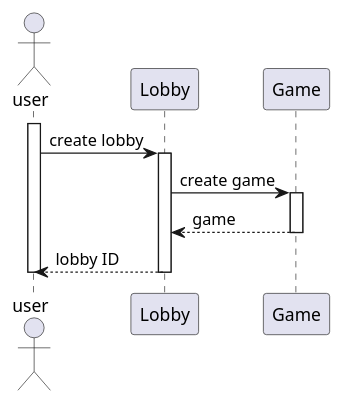
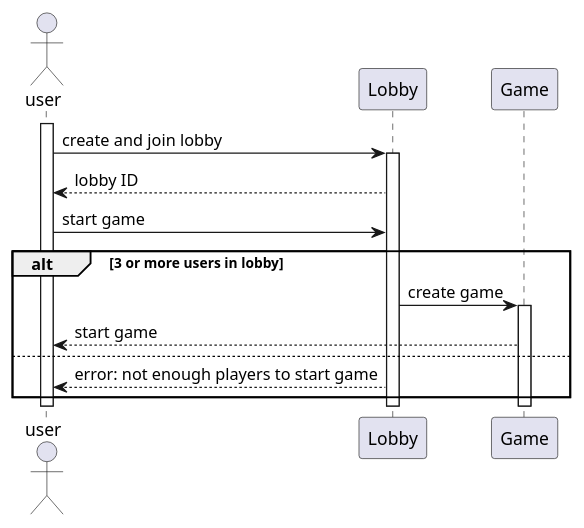
Before and after one commit to PolyPong/PolyPong: the diagram in doc/sequencediagrams/fr3.puml, drawn with PlantUML.

Commit message:
check for 3+ users fr3

```diff
--- a/doc/sequencediagrams/fr3.puml
+++ b/doc/sequencediagrams/fr3.puml
@@ -1,15 +1,20 @@
 actor user
 
 participant Lobby as L
 participant Game as G
 activate user
 
-        user -> L: create lobby
+        user -> L: create and join lobby
         activate L
-                L -> G: create game
-                activate G
-                        G --> L: game
+                L --> user: lobby ID
+                user -> L: start game
+                alt 3 or more users in lobby
+                        L -> G : create game
+                        activate G
+                        G --> user: start game
+                        else
+                                L --> user: error: not enough players to start game
+                                end
+        deactivate L
                 deactivate G
-                L --> user: lobby ID
-        deactivate L
 deactivate user
```
